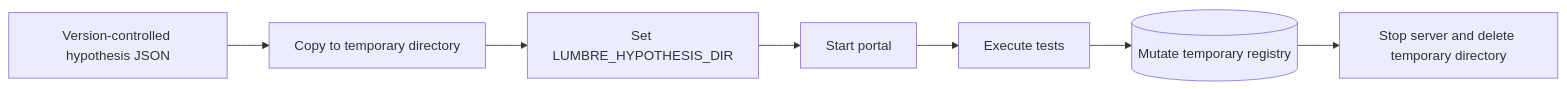
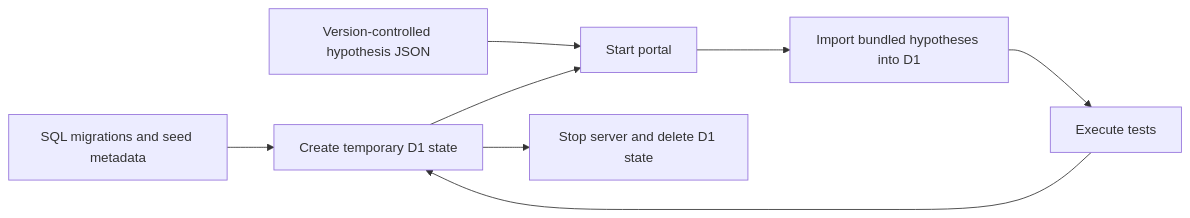
The sixth of 6 diagrams in docs/ARCHITECTURE.md (zvasdfg/lumbre-playwright-python), drawn with Mermaid before and after one commit. The commit also changed other lines of this file and 27 other files, not shown here.

````diff
--- a/docs/ARCHITECTURE.md
+++ b/docs/ARCHITECTURE.md
@@ -238,9 +239,10 @@
 ```mermaid
 flowchart LR
-    Seed[Version-controlled hypothesis JSON] --> Copy[Copy to temporary directory]
-    Copy --> Env[Set LUMBRE_HYPOTHESIS_DIR]
-    Env --> Server[Start portal]
-    Server --> Tests[Execute tests]
-    Tests --> Temp[(Mutate temporary registry)]
-    Temp --> Cleanup[Stop server and delete temporary directory]
+    Seed[SQL migrations and seed metadata] --> Temp[Create temporary D1 state]
+    JSON[Version-controlled hypothesis JSON] --> Server[Start portal]
+    Temp --> Server
+    Server --> Import[Import bundled hypotheses into D1]
+    Import --> Tests[Execute tests]
+    Tests --> Temp
+    Temp --> Cleanup[Stop server and delete D1 state]
 ```
````
